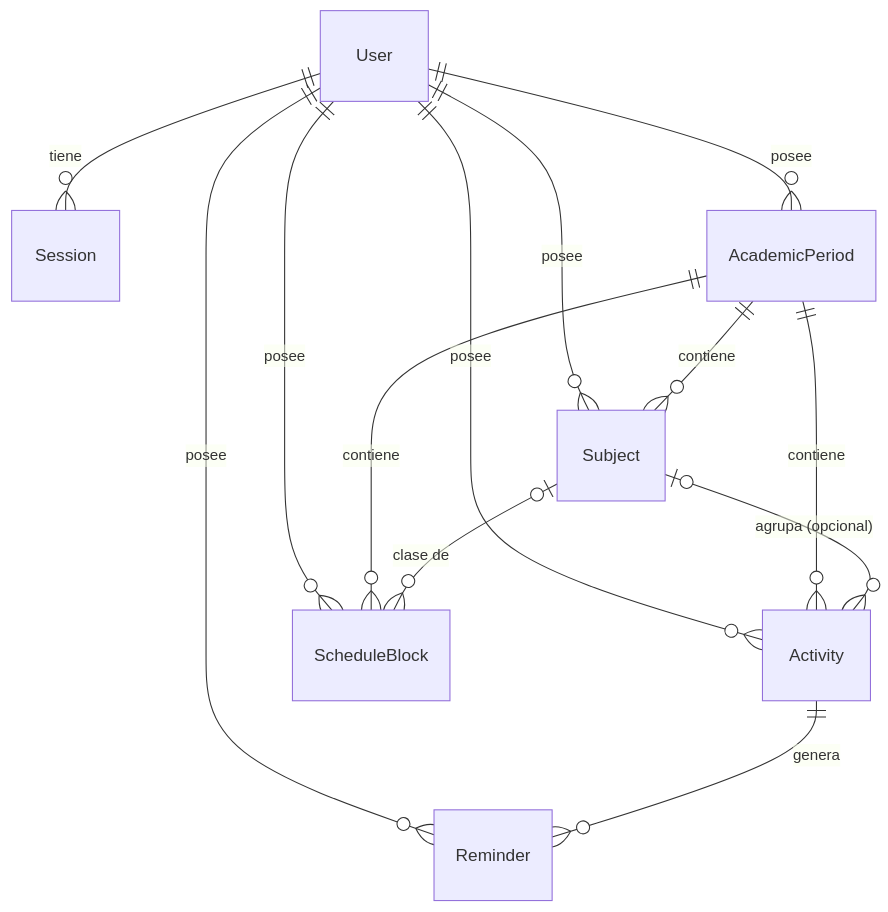
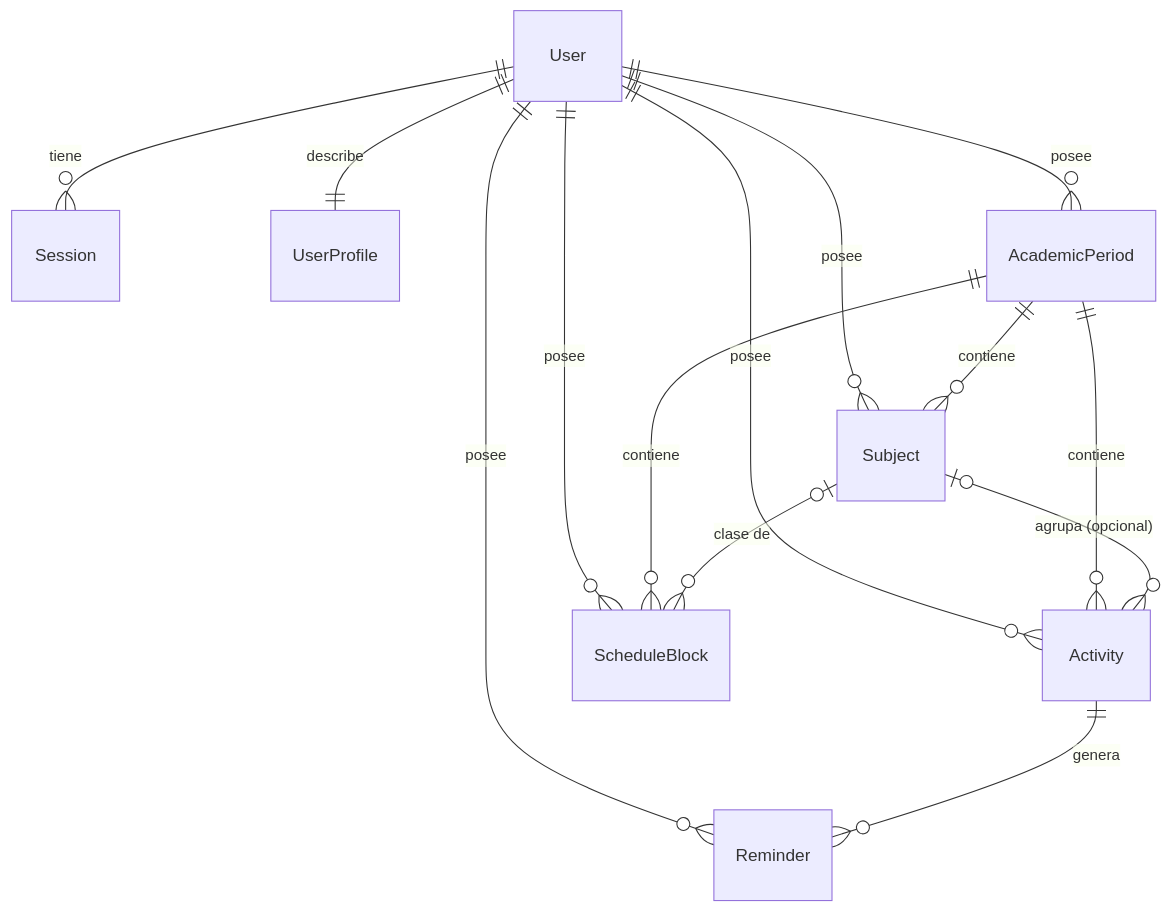
The diagram in docs/data-model.md (Maicolfelix/academic-planner), drawn with Mermaid before and after one commit. The commit also changed other lines of this file and 8 other files, not shown here.

Commit message:
docs: user profile foundation (D26)

````diff
--- a/docs/data-model.md
+++ b/docs/data-model.md
@@ -7,15 +7,16 @@
 ```mermaid
 erDiagram
   User ||--o{ Session : tiene
+  User ||--|| UserProfile : describe
   User ||--o{ AcademicPeriod : posee
   User ||--o{ Subject : posee
   User ||--o{ Activity : posee
   User ||--o{ ScheduleBlock : posee
   User ||--o{ Reminder : posee
   AcademicPeriod ||--o{ Subject : contiene
   AcademicPeriod ||--o{ ScheduleBlock : contiene
   AcademicPeriod ||--o{ Activity : contiene
   Subject |o--o{ Activity : "agrupa (opcional)"
   Subject |o--o{ ScheduleBlock : "clase de"
   Activity ||--o{ Reminder : genera
 ```
````
